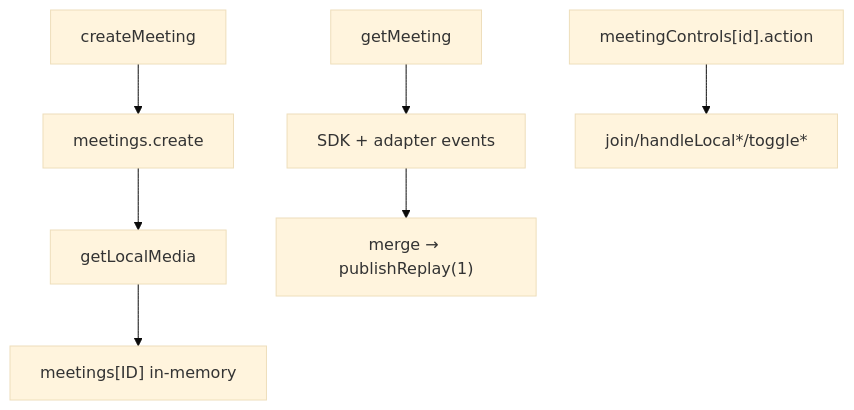
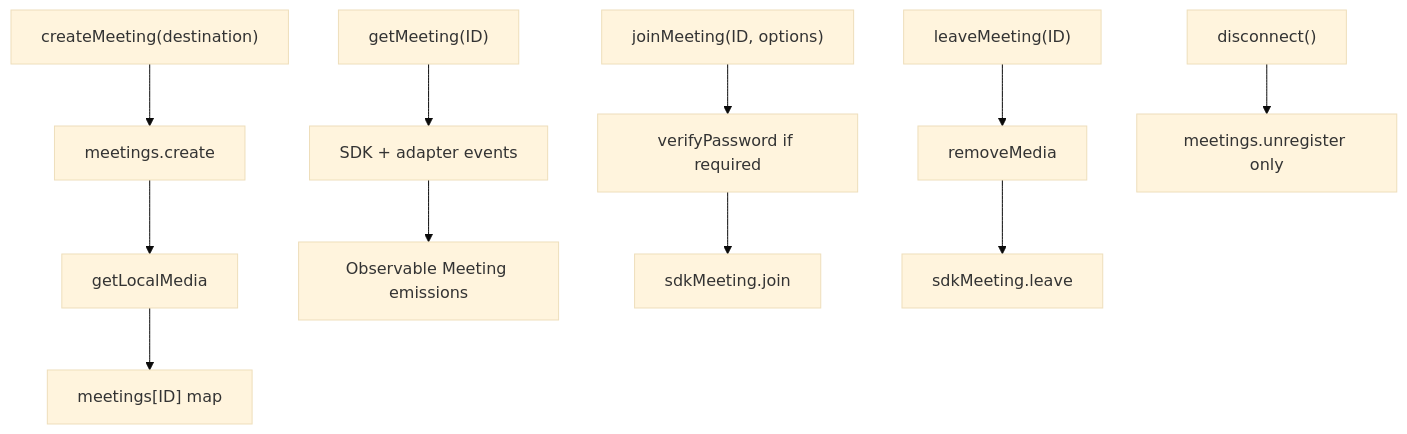
Before and after one commit to webex/sdk-component-adapter: the first of 6 diagrams in src/ai-docs/meetings-sdk-adapter-spec.md, drawn with Mermaid (base theme). The commit also changed other lines of this file and 13 other files, not shown here.

````diff
--- a/src/ai-docs/meetings-sdk-adapter-spec.md
+++ b/src/ai-docs/meetings-sdk-adapter-spec.md
@@ -123,9 +132,13 @@
 ```mermaid
 flowchart TD
-  create["createMeeting"] --> sdkCreate["meetings.create"]
+  create["createMeeting(destination)"] --> sdkCreate["meetings.create"]
   sdkCreate --> localMedia["getLocalMedia"]
-  localMedia --> store["meetings[ID] in-memory"]
-  getMeeting["getMeeting"] --> events["SDK + adapter events"]
-  events --> merge["merge → publishReplay(1)"]
-  controls["meetingControls[id].action"] --> adapterMethods["join/handleLocal*/toggle*"]
+  localMedia --> store["meetings[ID] map"]
+  getM["getMeeting(ID)"] --> events["SDK + adapter events"]
+  events --> emit["Observable Meeting emissions"]
+  join["joinMeeting(ID, options)"] --> verify["verifyPassword if required"]
+  verify --> sdkJoin["sdkMeeting.join"]
+  leave["leaveMeeting(ID)"] --> rm["removeMedia"]
+  rm --> sdkLeave["sdkMeeting.leave"]
+  disc["disconnect()"] --> unreg["meetings.unregister only"]
 ```
````
